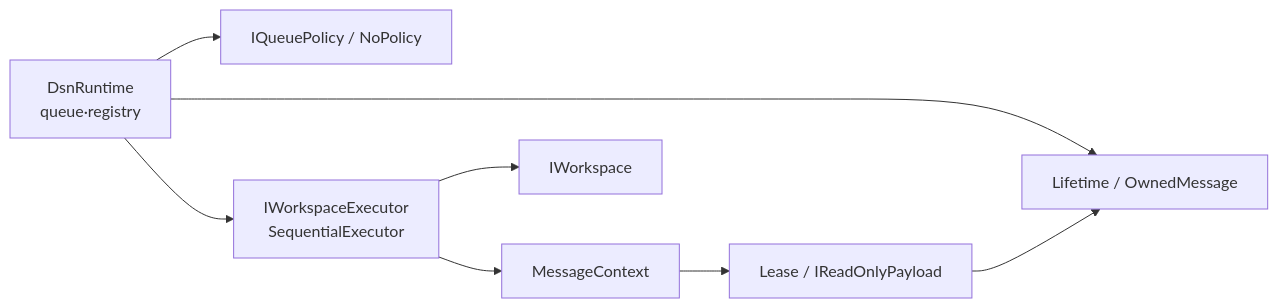
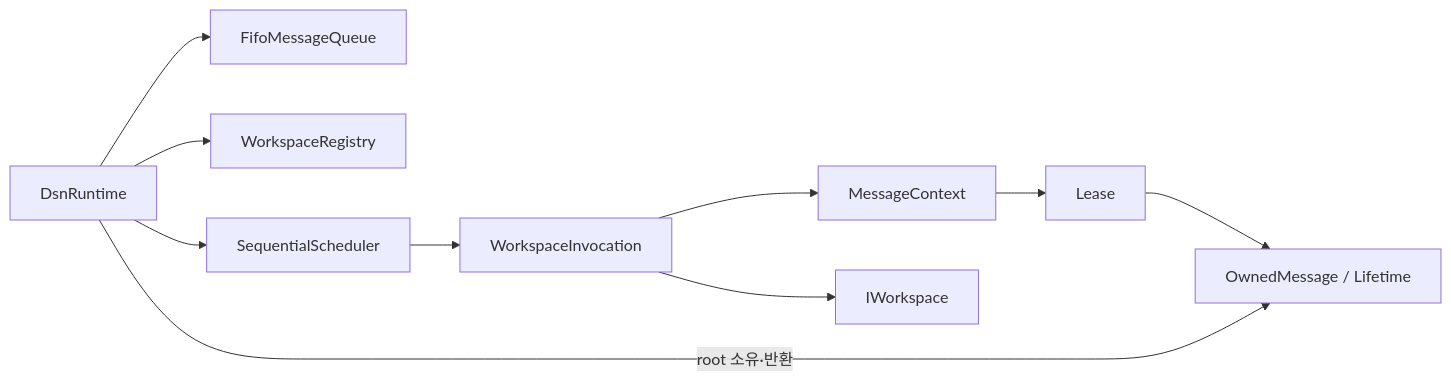
One commit to south-hive/project-dsn changed the second of 7 diagrams in docs/05-component-design.md. Above: the diagram before and after it, drawn with Mermaid. The commit also changed other lines of this file and 73 other files, not shown here.

Commit message:
Enforce DSN component boundaries and separate invocation lifetime from scheduling

````diff
--- a/docs/05-component-design.md
+++ b/docs/05-component-design.md
@@ -46,10 +46,12 @@
 ```mermaid
 flowchart LR
-    R["DsnRuntime<br/>queue·registry"] --> Q["IQueuePolicy / NoPolicy"]
-    R --> X["IWorkspaceExecutor<br/>SequentialExecutor"]
-    R --> L["Lifetime / OwnedMessage"]
+    R["DsnRuntime"] --> Q["FifoMessageQueue"]
+    R --> B["WorkspaceRegistry"]
+    R --> S["SequentialScheduler"]
+    S --> X["WorkspaceInvocation"]
     X --> C["MessageContext"]
-    C --> P["Lease / IReadOnlyPayload"]
-    P --> L
     X --> W["IWorkspace"]
+    C --> P["Lease"]
+    P --> L["OwnedMessage / Lifetime"]
+    R -->|"root 소유·반환"| L
 ```
````
